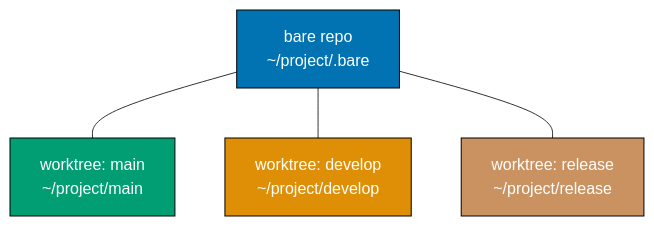
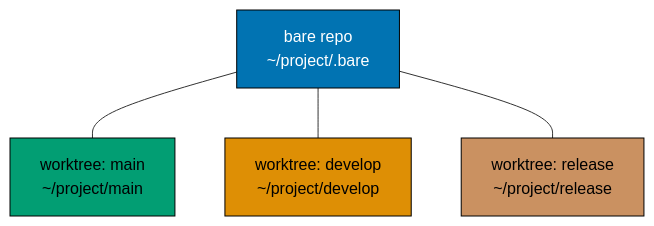
Before and after one commit to wahidyankf/ose-public: the fourth of 14 diagrams in apps/ayokoding-www/content/en/learn/legacy/software-engineering/automation-tools/git/by-example/advanced.md, drawn with Mermaid. The commit also changed other lines of this file and 131 other files, not shown here.

First line of the commit message:
fix(mermaid): bring the legacy data, infrastructure, and testing diagrams onto the accessible palette

````diff
--- a/apps/ayokoding-www/content/en/learn/legacy/software-engineering/automation-tools/git/by-example/advanced.md
+++ b/apps/ayokoding-www/content/en/learn/legacy/software-engineering/automation-tools/git/by-example/advanced.md
@@ -267,17 +283,24 @@
 ```mermaid
 %% Color Palette: Blue #0173B2, Orange #DE8F05, Teal #029E73, Purple #CC78BC, Brown #CA9161
 graph TD
+    accTitle: Example 62: Git Worktree — Bare Repository Workflow
+    accDescr: Graph with 4 nodes and 3 connections. Nodes: bare repo ~/project/.bare, worktree: main ~/project/main, worktree: develop ~/project/develop, worktree: release ~/project/release. Connections: bare repo ~/project/.bare to worktree: main ~/project/main, bare repo ~/project/.bare to worktree: develop ~/project/develop, bare repo ~/project/.bare to worktree: release ~/project/release.
     B["bare repo<br/>~/project/.bare"]
     W1["worktree: main<br/>~/project/main"]
     W2["worktree: develop<br/>~/project/develop"]
     W3["worktree: release<br/>~/project/release"]
 
     B --- W1
     B --- W2
     B --- W3
 
-    style B fill:#0173B2,stroke:#000,color:#fff
-    style W1 fill:#029E73,stroke:#000,color:#fff
-    style W2 fill:#DE8F05,stroke:#000,color:#fff
-    style W3 fill:#CA9161,stroke:#000,color:#fff
+    classDef pal-0173B2 fill:#0173B2,stroke:#000000,color:#FFFFFF
+    class B pal-0173B2
+    classDef pal-029E73 fill:#029E73,stroke:#000000,color:#000000
+    class W1 pal-029E73
+    classDef pal-DE8F05 fill:#DE8F05,stroke:#000000,color:#000000
+    class W2 pal-DE8F05
+    classDef pal-CA9161 fill:#CA9161,stroke:#000000,color:#000000
+    class W3 pal-CA9161
+    classDef default fill:#FFFFFF,stroke:#000000,color:#000000
 ```
````
